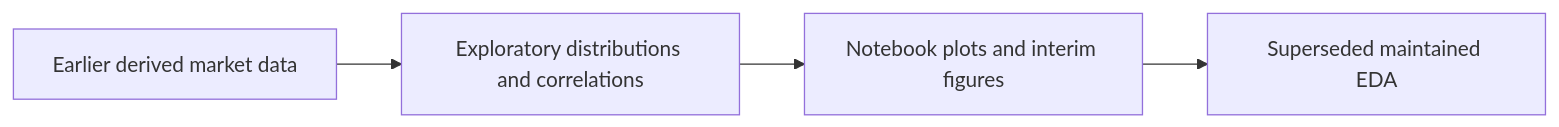
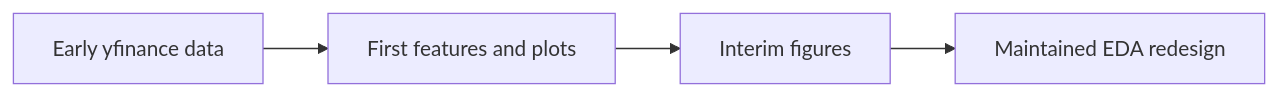
One commit to Ferreter/Dissertation changed the diagram in docs/notebooks/legacy/01_EDA.md. Above: the diagram before and after it, drawn with Mermaid. The commit also changed other lines of this file and 27 other files, not shown here.

````diff
--- a/docs/notebooks/legacy/01_EDA.md
+++ b/docs/notebooks/legacy/01_EDA.md
@@ -12,6 +13,6 @@
 ```mermaid
 flowchart LR
-    A["Earlier derived market data"] --> B["Exploratory distributions and correlations"]
-    B --> C["Notebook plots and interim figures"]
-    C --> D["Superseded maintained EDA"]
+    A["Early yfinance data"] --> B["First features and plots"]
+    B --> C["Interim figures"]
+    C --> D["Maintained EDA redesign"]
 ```
````
